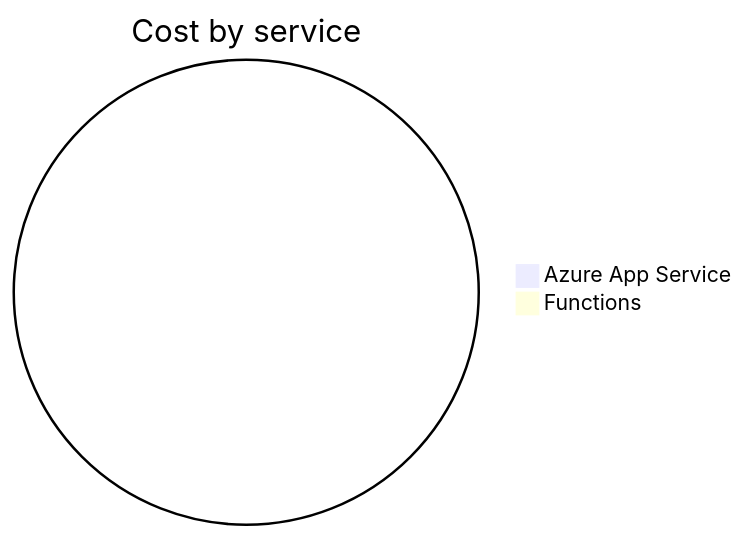
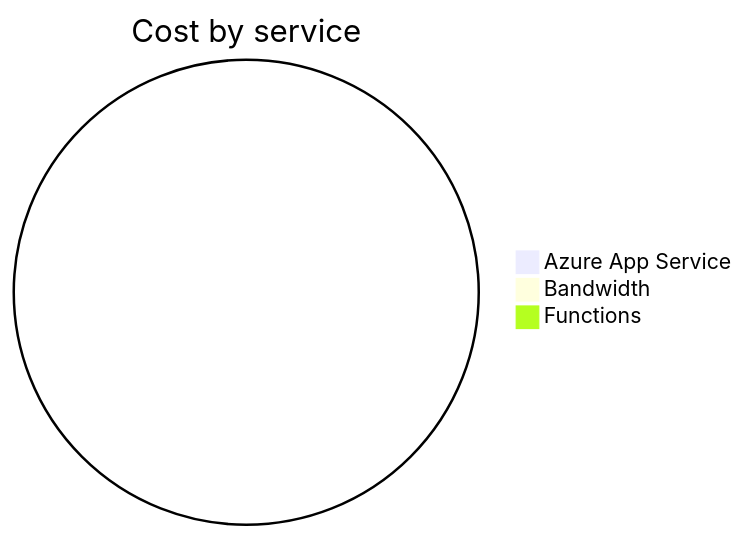
One commit to jpfulton/azure-personal-reports changed the second of 4 diagrams in cost-reports/personal-site/personal-site-api-preview.md. Above: the diagram before and after it, drawn with Mermaid. The commit also changed other lines of this file and 6 other files, not shown here.

````diff
--- a/cost-reports/personal-site/personal-site-api-preview.md
+++ b/cost-reports/personal-site/personal-site-api-preview.md
@@ -96,6 +97,7 @@
 ```mermaid
 pie
    title Cost by service
    "Azure App Service" : 0.00
+   "Bandwidth" : 0.00
    "Functions" : 0.00
 ```
````
